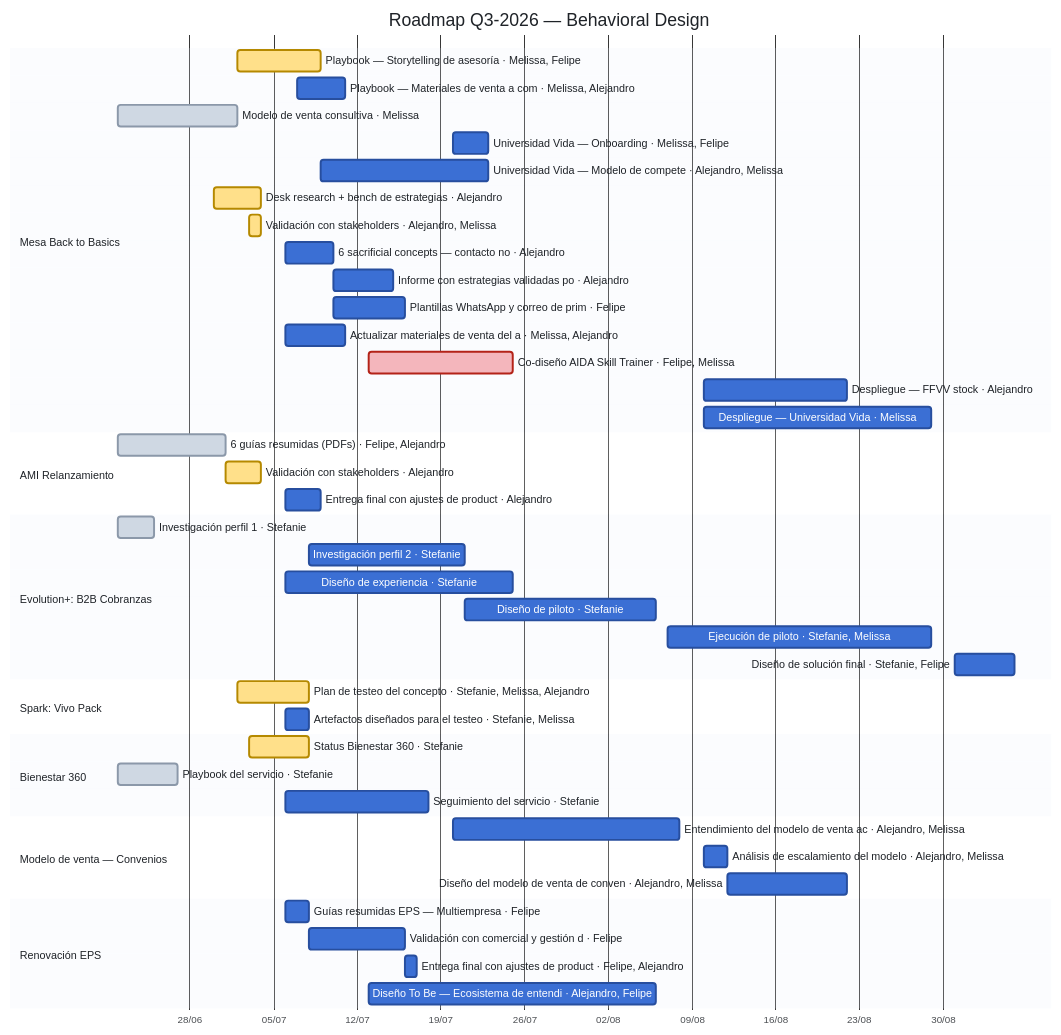
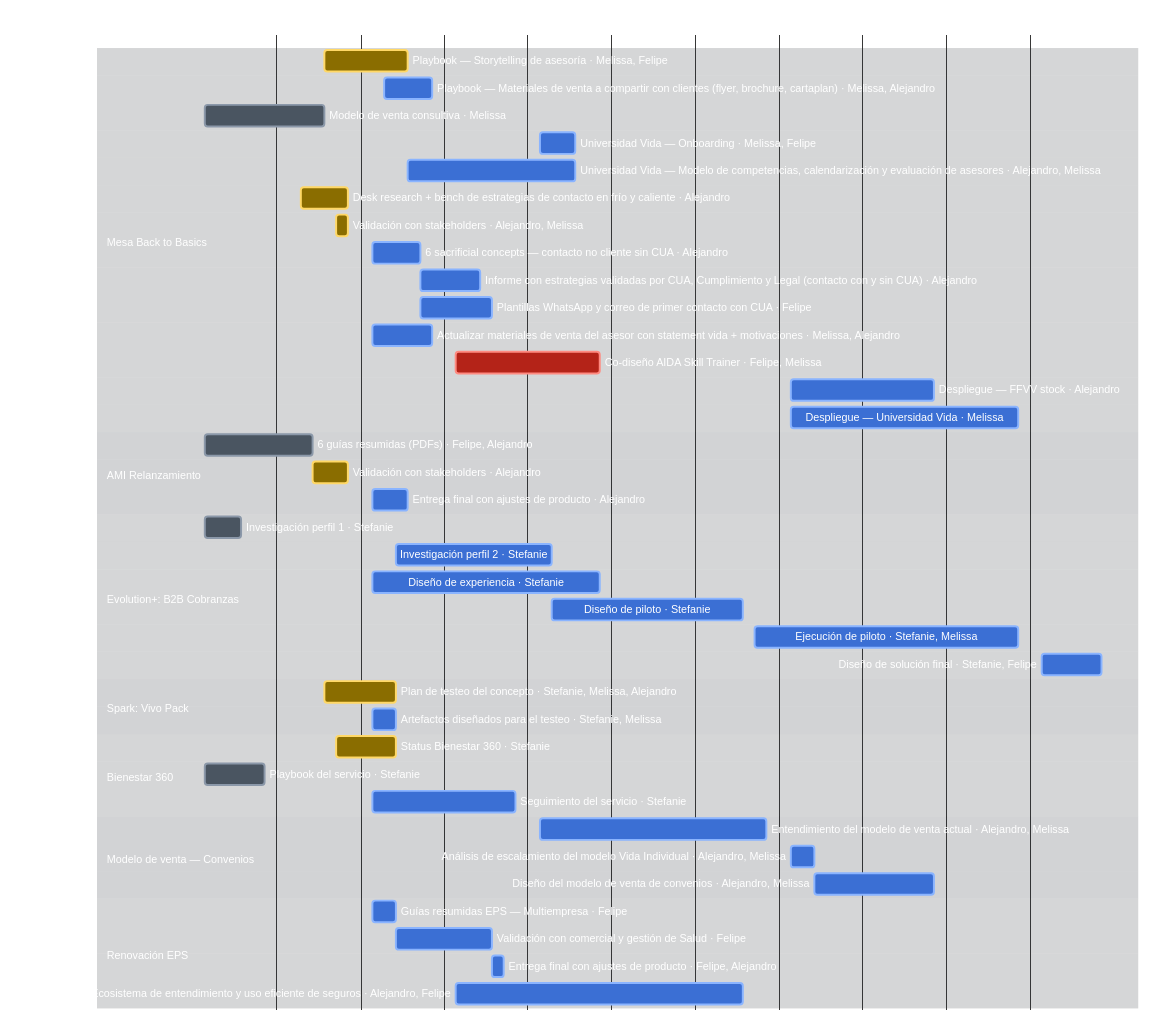
The diagram in TABLERO_BEHOLDER.md (Rumipyramid/Machine_Learning), drawn with Mermaid before and after one commit. The commit also changed 4 other files, not shown here.

First line of the commit message:
Gantt con texto blanco y nombres completos; mascota en estilo pastel granular

````diff
--- a/TABLERO_BEHOLDER.md
+++ b/TABLERO_BEHOLDER.md
@@ -58,49 +58,49 @@
 ```mermaid
-%%{init: {"theme":"base","gantt":{"barHeight":22,"barGap":6,"leftPadding":110},"themeVariables":{"fontSize":"13px","textColor":"#1F2328","titleColor":"#1F2328","sectionBkgColor":"#EAF0FA","altSectionBkgColor":"#FFFFFF","sectionBkgColor2":"#EAF0FA","taskBkgColor":"#3B6FD4","taskBorderColor":"#274E9E","taskTextColor":"#FFFFFF","taskTextOutsideColor":"#1F2328","taskTextDarkColor":"#1F2328","activeTaskBkgColor":"#FFE08A","activeTaskBorderColor":"#B58900","doneTaskBkgColor":"#CFD8E3","doneTaskBorderColor":"#8B98A9","critBkgColor":"#F4B6BC","critBorderColor":"#B42318","todayLineColor":"#D93025"}}}%%
+%%{init: {"theme":"base","gantt":{"barHeight":22,"barGap":6,"leftPadding":110},"themeVariables":{"fontSize":"13px","textColor":"#FFFFFF","titleColor":"#FFFFFF","sectionBkgColor":"#2D333B","altSectionBkgColor":"#22272E","sectionBkgColor2":"#2D333B","taskBkgColor":"#3B6FD4","taskBorderColor":"#8AB4FF","taskTextColor":"#FFFFFF","taskTextOutsideColor":"#FFFFFF","taskTextDarkColor":"#FFFFFF","taskTextClickableColor":"#FFFFFF","activeTaskBkgColor":"#8A6D00","activeTaskBorderColor":"#FFD866","doneTaskBkgColor":"#4A5561","doneTaskBorderColor":"#8B98A9","critBkgColor":"#B42318","critBorderColor":"#FF8A80","todayLineColor":"#FF6B6B","gridColor":"#8B98A9","excludeBkgColor":"#22272E"}}}%%
 gantt
   dateFormat YYYY-MM-DD
   axisFormat %d/%m
   title Roadmap Q3-2026 — Behavioral Design
   section Mesa Back to Basics
   Playbook — Storytelling de asesoría · Melissa, Felipe :active, 2026-07-02, 2026-07-09
-  Playbook — Materiales de venta a com · Melissa, Alejandro :2026-07-07, 2026-07-11
+  Playbook — Materiales de venta a compartir con clientes (flyer, brochure, cartaplan) · Melissa, Alejandro :2026-07-07, 2026-07-11
   Modelo de venta consultiva · Melissa :done, 2026-06-22, 2026-07-02
   Universidad Vida — Onboarding · Melissa, Felipe :2026-07-20, 2026-07-23
-  Universidad Vida — Modelo de compete · Alejandro, Melissa :2026-07-09, 2026-07-23
-  Desk research + bench de estrategias · Alejandro :active, 2026-06-30, 2026-07-04
+  Universidad Vida — Modelo de competencias, calendarización y evaluación de asesores · Alejandro, Melissa :2026-07-09, 2026-07-23
+  Desk research + bench de estrategias de contacto en frío y caliente · Alejandro :active, 2026-06-30, 2026-07-04
   Validación con stakeholders · Alejandro, Melissa :active, 2026-07-03, 2026-07-04
-  6 sacrificial concepts — contacto no · Alejandro :2026-07-06, 2026-07-10
-  Informe con estrategias validadas po · Alejandro :2026-07-10, 2026-07-15
-  Plantillas WhatsApp y correo de prim · Felipe :2026-07-10, 2026-07-16
-  Actualizar materiales de venta del a · Melissa, Alejandro :2026-07-06, 2026-07-11
+  6 sacrificial concepts — contacto no cliente sin CUA · Alejandro :2026-07-06, 2026-07-10
+  Informe con estrategias validadas por CUA, Cumplimiento y Legal (contacto con y sin CUA) · Alejandro :2026-07-10, 2026-07-15
+  Plantillas WhatsApp y correo de primer contacto con CUA · Felipe :2026-07-10, 2026-07-16
+  Actualizar materiales de venta del asesor con statement vida + motivaciones · Melissa, Alejandro :2026-07-06, 2026-07-11
   Co-diseño AIDA Skill Trainer · Felipe, Melissa :crit, 2026-07-13, 2026-07-25
   Despliegue — FFVV stock · Alejandro :2026-08-10, 2026-08-22
   Despliegue — Universidad Vida · Melissa :2026-08-10, 2026-08-29
   section AMI Relanzamiento
   6 guías resumidas (PDFs) · Felipe, Alejandro :done, 2026-06-22, 2026-07-01
   Validación con stakeholders · Alejandro :active, 2026-07-01, 2026-07-04
-  Entrega final con ajustes de product · Alejandro :2026-07-06, 2026-07-09
+  Entrega final con ajustes de producto · Alejandro :2026-07-06, 2026-07-09
   section Evolution+: B2B Cobranzas
   Investigación perfil 1 · Stefanie :done, 2026-06-22, 2026-06-25
   Investigación perfil 2 · Stefanie :2026-07-08, 2026-07-21
   Diseño de experiencia · Stefanie :2026-07-06, 2026-07-25
   Diseño de piloto · Stefanie :2026-07-21, 2026-08-06
   Ejecución de piloto · Stefanie, Melissa :2026-08-07, 2026-08-29
   Diseño de solución final · Stefanie, Felipe :2026-08-31, 2026-09-05
   section Spark: Vivo Pack
   Plan de testeo del concepto · Stefanie, Melissa, Alejandro :active, 2026-07-02, 2026-07-08
   Artefactos diseñados para el testeo · Stefanie, Melissa :2026-07-06, 2026-07-08
   section Bienestar 360
   Status Bienestar 360 · Stefanie :active, 2026-07-03, 2026-07-08
   Playbook del servicio · Stefanie :done, 2026-06-22, 2026-06-27
   Seguimiento del servicio · Stefanie :2026-07-06, 2026-07-18
   section Modelo de venta — Convenios
-  Entendimiento del modelo de venta ac · Alejandro, Melissa :2026-07-20, 2026-08-08
-  Análisis de escalamiento del modelo  · Alejandro, Melissa :2026-08-10, 2026-08-12
-  Diseño del modelo de venta de conven · Alejandro, Melissa :2026-08-12, 2026-08-22
+  Entendimiento del modelo de venta actual · Alejandro, Melissa :2026-07-20, 2026-08-08
+  Análisis de escalamiento del modelo Vida Individual · Alejandro, Melissa :2026-08-10, 2026-08-12
+  Diseño del modelo de venta de convenios · Alejandro, Melissa :2026-08-12, 2026-08-22
   section Renovación EPS
   Guías resumidas EPS — Multiempresa · Felipe :2026-07-06, 2026-07-08
-  Validación con comercial y gestión d · Felipe :2026-07-08, 2026-07-16
-  Entrega final con ajustes de product · Felipe, Alejandro :2026-07-16, 2026-07-17
-  Diseño To Be — Ecosistema de entendi · Alejandro, Felipe :2026-07-13, 2026-08-06
+  Validación con comercial y gestión de Salud · Felipe :2026-07-08, 2026-07-16
+  Entrega final con ajustes de producto · Felipe, Alejandro :2026-07-16, 2026-07-17
+  Diseño To Be — Ecosistema de entendimiento y uso eficiente de seguros · Alejandro, Felipe :2026-07-13, 2026-08-06
 ```
````
